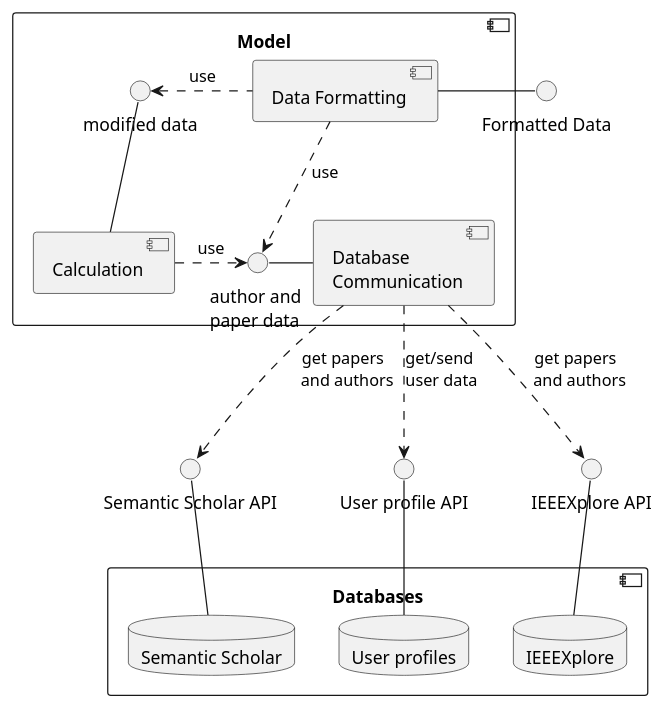
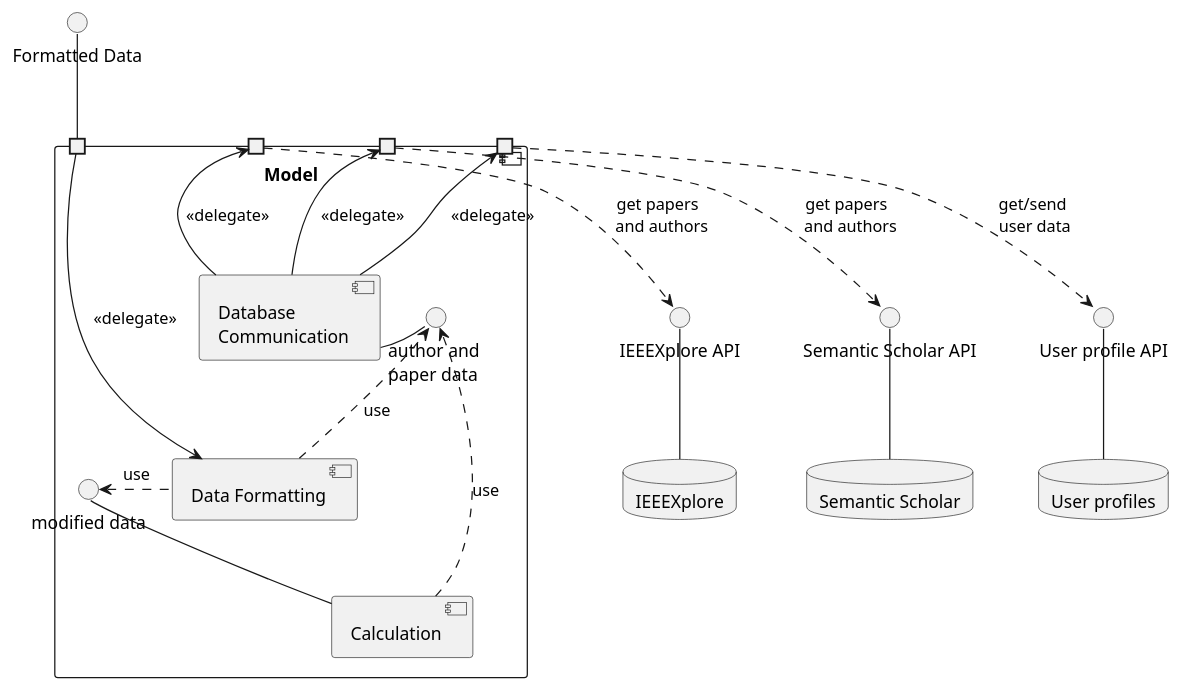
The diagram in docs/uml/Model.puml (pablo-schmeiser/Scholarizer), drawn with PlantUML before and after one commit.

Commit message:
Added Model Component diagram draft

```diff
--- a/docs/uml/Model.puml
+++ b/docs/uml/Model.puml
@@ -4,42 +4,56 @@
 @startuml
 
 Component Model {
     Component "Database \nCommunication" as DBC
     Component "Calculation" as C
     Component "Data Formatting" as DF
 
     () "modified data" as MF
     () "author and \npaper data" as APD
+
+    port " " as fd
+    portin " " as iapi
+    portin " " as sapi
+    portin " " as uapi
 }
 
-Component Databases {
-    Database IEEEXplore as IEEE
-    Database "User profiles" as UP
-    Database "Semantic Scholar" as SS
-}
+Database IEEEXplore as IEEE
+Database "User profiles" as UP
+Database "Semantic Scholar" as SS
 
 () "IEEEXplore API" as IAPI
 () "Semantic Scholar API" as SAPI
 () "User profile API" as UAPI
 () "Formatted Data" as FD
 
 'provided Interfaces
+fd -up- FD
 IEEE -up- IAPI
 UP -up- UAPI
 SS -up- SAPI
 DBC -left- APD
 C -up- MF
-DF -right- FD
+
+'ports
+DF <- fd : <<delegate>>
+DBC -> iapi : <<delegate>>
+DBC -> sapi : <<delegate>>
+DBC -> uapi : <<delegate>>
 
 'required Interfaces
-DBC .down.> IAPI : get papers \n and authors
-DBC .down.> SAPI : get papers \n and authors
-DBC .down.> UAPI : get/send \nuser data
+iapi .down.> IAPI : get papers \n and authors
+sapi .down.> SAPI : get papers \n and authors
+uapi .down.> UAPI : get/send \nuser data
 C .right.> APD : use
 DF .left.> MF : use
 DF ..> APD : use
 
 'formatting
-DBC -[hidden]up- DF
+DBC -[hidden]down- DF
+DBC -[hidden]down- C
+DBC -[hidden]left- APD
+C -[hidden]down- MF
+DF -[hidden]right- MF
+C -[hidden]right- APD
 
 @enduml
```
